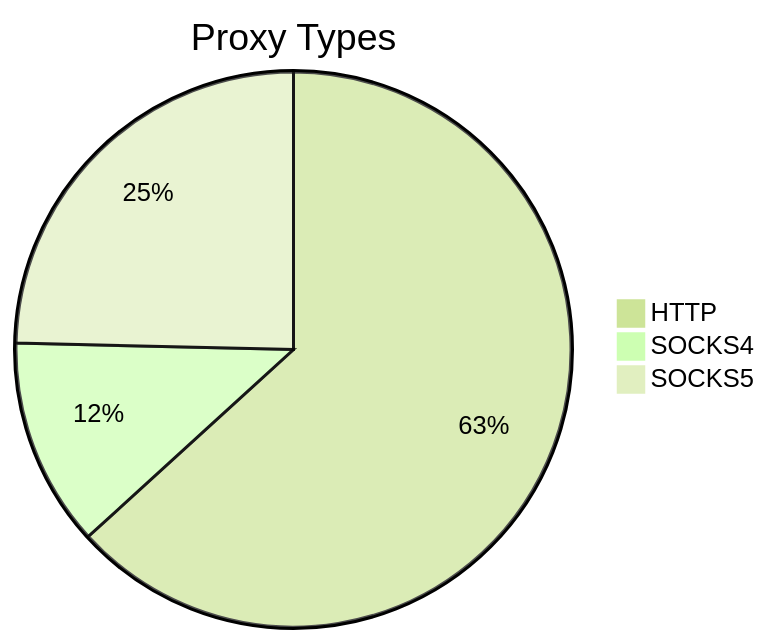
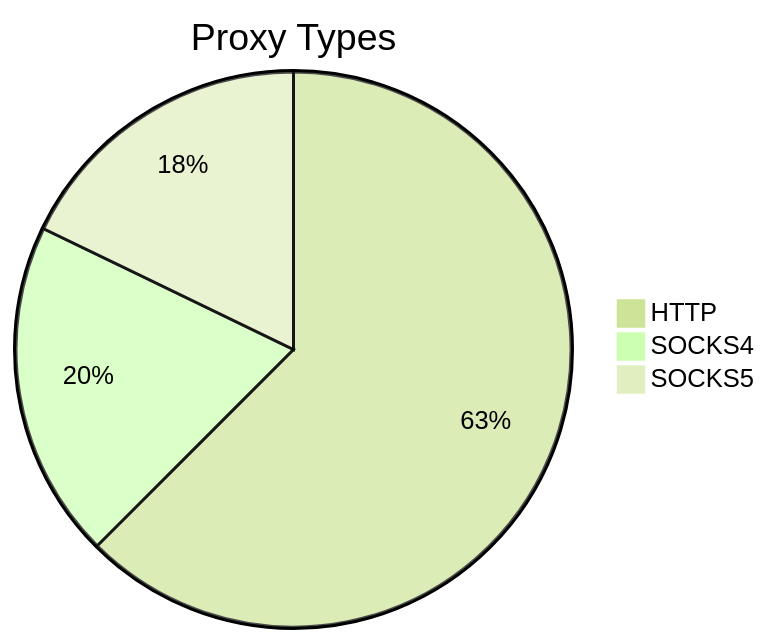
Before and after one commit to stormsia/proxy-list: the first of 2 diagrams in README.md, drawn with Mermaid (forest theme). The commit also changed other lines of this file, not shown here.

````diff
--- a/README.md
+++ b/README.md
@@ -21,6 +21,6 @@
 ```mermaid
 pie title Proxy Types
-    "HTTP" : 172
-    "SOCKS4" : 33
-    "SOCKS5" : 67
+    "HTTP" : 410
+    "SOCKS4" : 129
+    "SOCKS5" : 117
 ```
````
